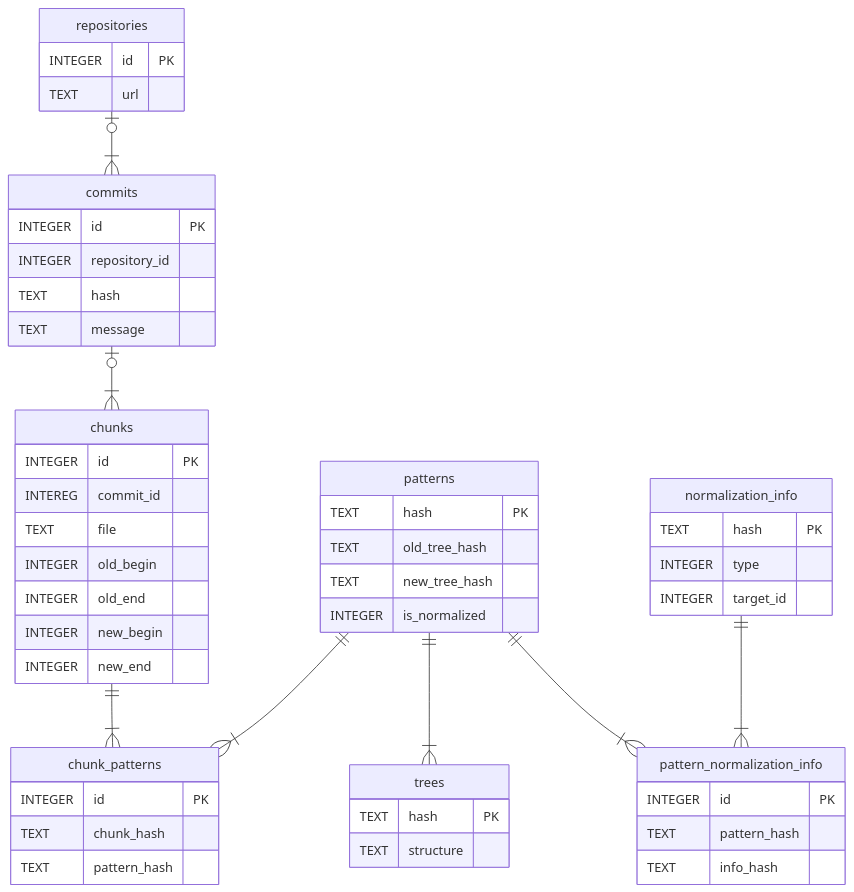
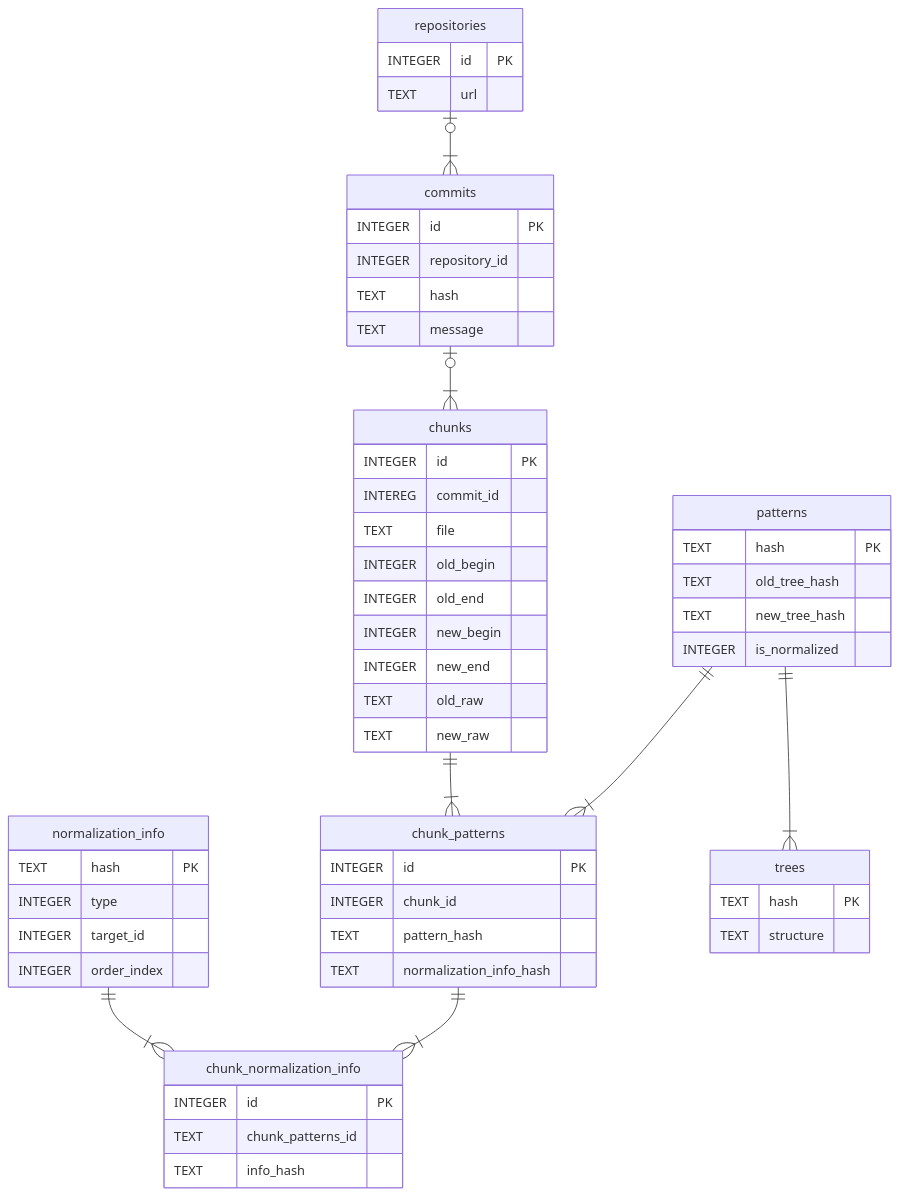
Before and after one commit to sabanishi/study: the diagram in LLMARP/DBメモ.md, drawn with Mermaid. The commit also changed 1 other file, not shown here.

Commit message:
ドキュメント更新

````diff
--- a/LLMARP/DBメモ.md
+++ b/LLMARP/DBメモ.md
@@ -4,68 +4,72 @@
 ```mermaid
 erDiagram
 
 repositories |o--|{ commits:""
 commits |o--|{ chunks:""
 
 chunks ||--|{ chunk_patterns: ""
 patterns ||--|{ chunk_patterns:""
 
+normalization_info ||--|{ chunk_normalization_info:""
+chunk_patterns ||--|{ chunk_normalization_info:""
+
 patterns ||--|{ trees :""
-
-patterns ||--|{ pattern_normalization_info:""
-normalization_info ||--|{ pattern_normalization_info:""
 
 
 repositories{
     INTEGER id PK
     TEXT url
 }
 
 commits{
     INTEGER id PK
     INTEGER repository_id
     TEXT hash
     TEXT message
 }
 
 chunks{
     INTEGER id PK
     INTEREG commit_id
     TEXT file
     INTEGER old_begin
     INTEGER old_end
     INTEGER new_begin
     INTEGER new_end
+    TEXT old_raw
+    TEXT new_raw
 }
 
 patterns{
     TEXT hash PK
     TEXT old_tree_hash
     TEXT new_tree_hash
     INTEGER is_normalized
 }
 
 normalization_info{
     TEXT hash PK
     INTEGER type
     INTEGER target_id
+    INTEGER order_index
 }
 
 trees{
     TEXT hash PK
     TEXT structure
 }
 
 chunk_patterns{
     INTEGER id PK
-    TEXT chunk_hash
+    INTEGER chunk_id
     TEXT pattern_hash
+    TEXT normalization_info_hash
 }
 
-pattern_normalization_info{
+chunk_normalization_info{
     INTEGER id PK
-    TEXT pattern_hash
+    TEXT chunk_patterns_id
     TEXT info_hash
 }
 
 ```
````
